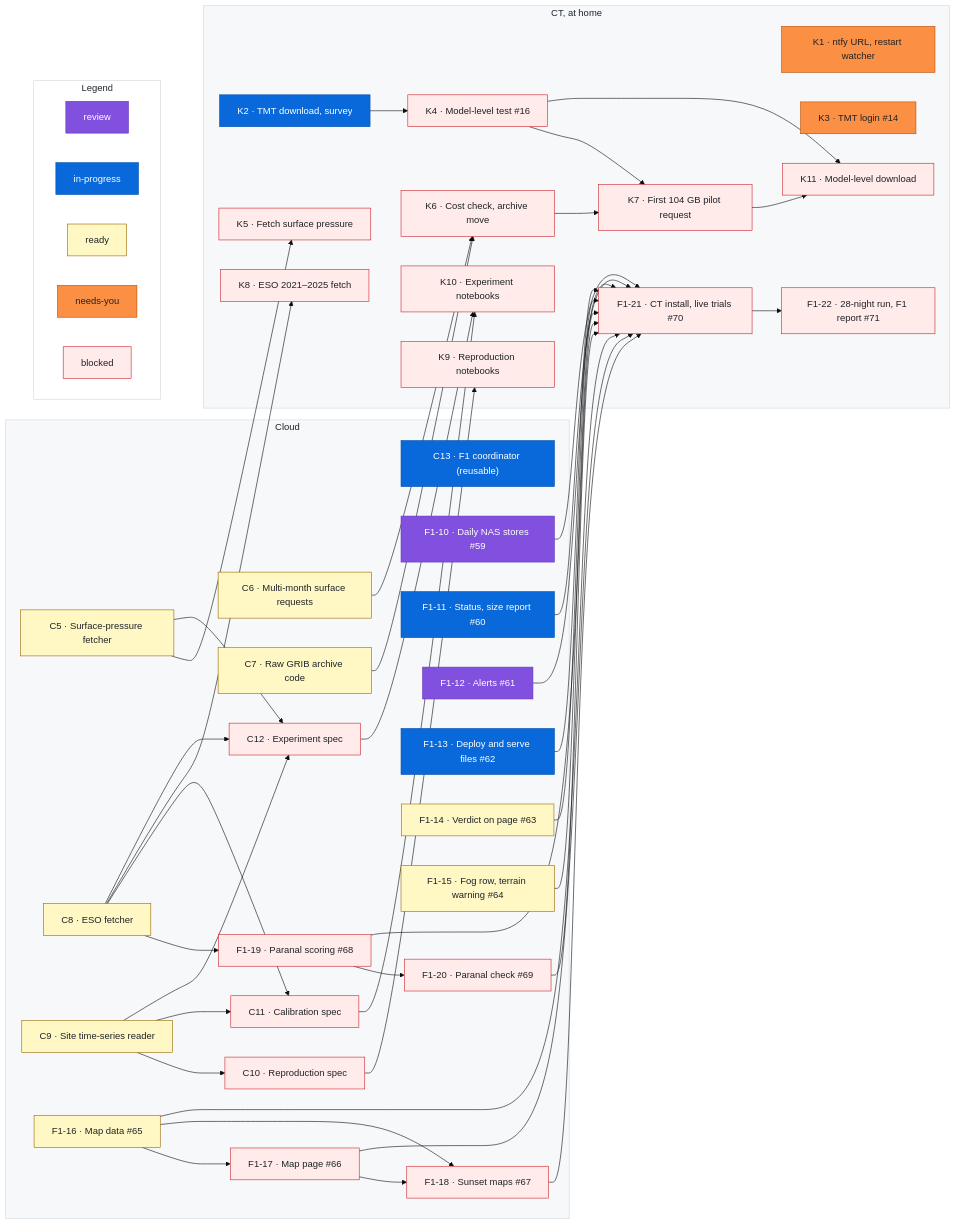
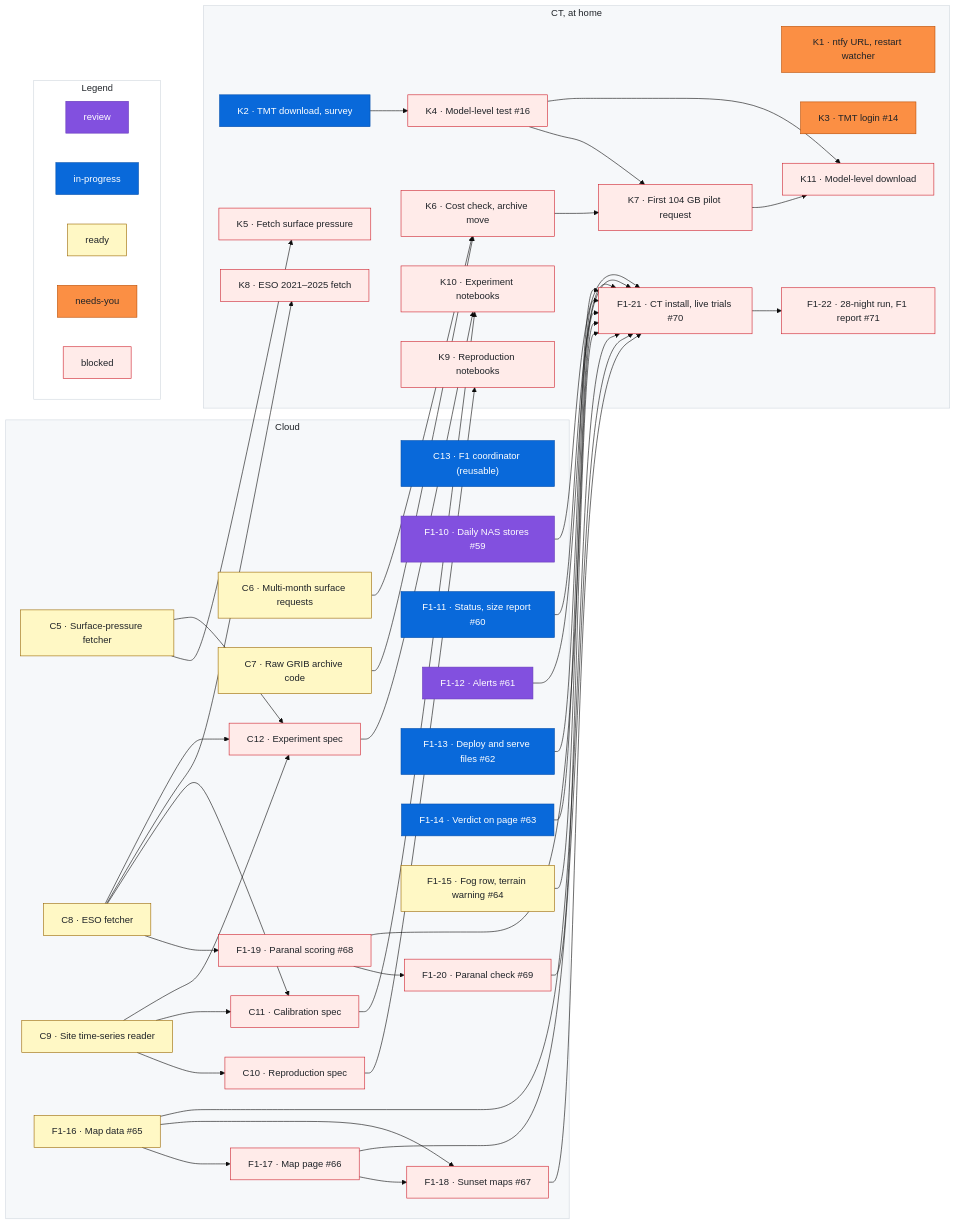
One commit to rrweller/Astro-seeing changed the diagram in docs/roadmap.md. Above: the diagram before and after it, drawn with Mermaid (base theme). The commit also changed other lines of this file, not shown here.

Commit message:
roadmap: F1-14 ready → in-progress

```diff
--- a/docs/roadmap.md
+++ b/docs/roadmap.md
@@ -203,7 +203,7 @@
   %% ---
   class F1_13 inprogress
   %% ---
-  class F1_14 ready
+  class F1_14 inprogress
   %% ---
   class F1_15 ready
   %% ---
```
